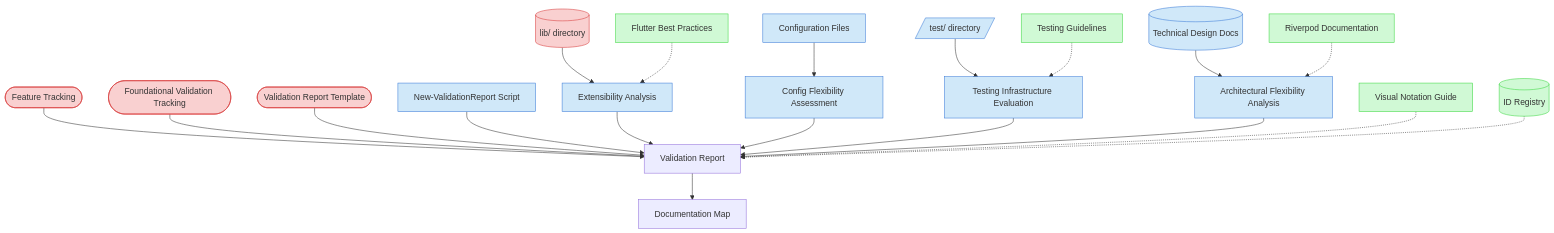
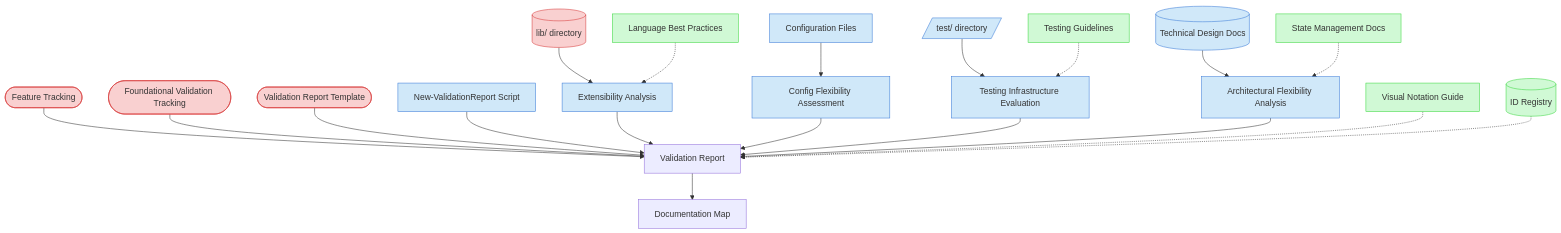
The diagram in doc/process-framework/visualization/context-maps/05-validation/extensibility-maintainability-validation-map.md (Abtomation/LinkWatcher), drawn with Mermaid before and after one commit. The commit also changed other lines of this file and 332 other files, not shown here.

````diff
--- a/doc/process-framework/visualization/context-maps/05-validation/extensibility-maintainability-validation-map.md
+++ b/doc/process-framework/visualization/context-maps/05-validation/extensibility-maintainability-validation-map.md
@@ -20,32 +20,32 @@
 ```mermaid
 graph TD
     classDef critical fill:#f9d0d0,stroke:#d83a3a
     classDef important fill:#d0e8f9,stroke:#3a7bd8
     classDef reference fill:#d0f9d5,stroke:#3ad83f
 
     FT([Feature Tracking]) --> VR[Validation Report]
     FVT([Foundational Validation Tracking]) --> VR
     VRT([Validation Report Template]) --> VR
     LIB[(lib/ directory)] --> EA[Extensibility Analysis]
 
     CONFIG[Configuration Files] --> CFA[Config Flexibility Assessment]
     TEST[/test/ directory/] --> TIE[Testing Infrastructure Evaluation]
     TDD[(Technical Design Docs)] --> AFA[Architectural Flexibility Analysis]
     NVRS[New-ValidationReport Script] --> VR
 
     EA --> VR
     CFA --> VR
     TIE --> VR
     AFA --> VR
     VR --> DM[Documentation Map]
 
-    FLUTTER[Flutter Best Practices] -.-> EA
+    BESTPRAC[Language Best Practices] -.-> EA
     TESTING[Testing Guidelines] -.-> TIE
-    RIVERPOD[Riverpod Documentation] -.-> AFA
+    STATEMGMT[State Management Docs] -.-> AFA
     VNG[Visual Notation Guide] -.-> VR
     IDR[(ID Registry)] -.-> VR
 
     class FT,FVT,VRT,LIB critical
     class CONFIG,TEST,TDD,NVRS,EA,CFA,TIE,AFA important
-    class FLUTTER,TESTING,RIVERPOD,VNG,IDR reference
+    class BESTPRAC,TESTING,STATEMGMT,VNG,IDR reference
 ```
````
